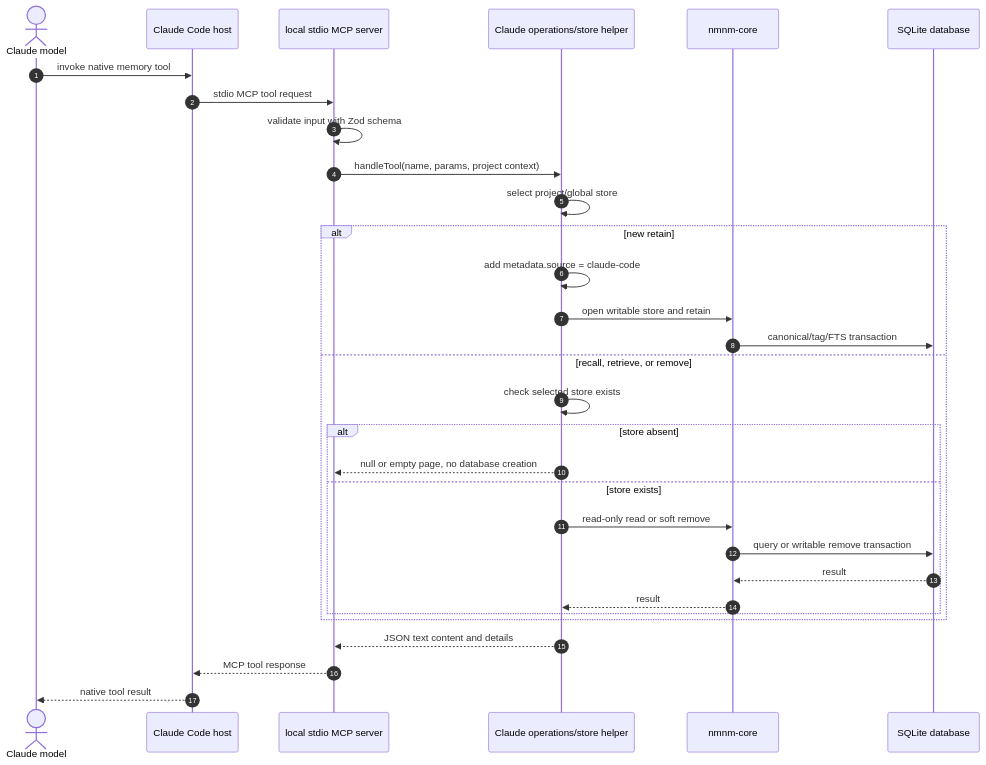
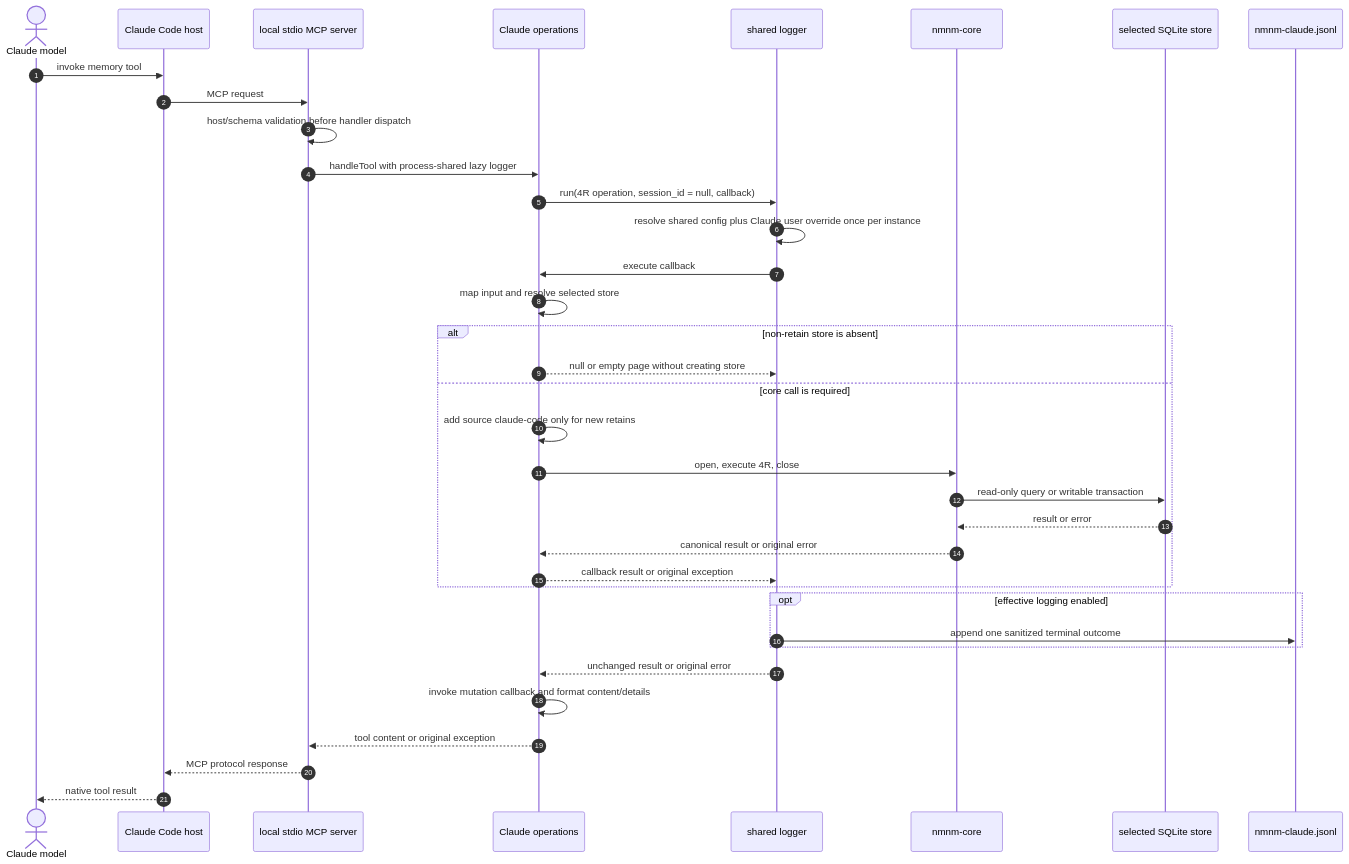
Before and after one commit to linellazatin/nanomneme: the fourth of 6 diagrams in docs/SEQUENCE_MEMORY_HANDLING.md, drawn with Mermaid. The commit also changed other lines of this file and 14 other files, not shown here.

````diff
--- a/docs/SEQUENCE_MEMORY_HANDLING.md
+++ b/docs/SEQUENCE_MEMORY_HANDLING.md
@@ -179,36 +171,39 @@
 ```mermaid
 sequenceDiagram
   autonumber
   actor Model as Claude model
   participant Host as Claude Code host
   participant MCP as local stdio MCP server
-  participant Ops as Claude operations/store helper
+  participant Ops as Claude operations
+  participant Logger as shared logger
   participant Core as nmnm-core
-  participant DB as SQLite database
+  participant DB as selected SQLite store
+  participant Log as nmnm-claude.jsonl
 
-  Model->>Host: invoke native memory tool
-  Host->>MCP: stdio MCP tool request
-  MCP->>MCP: validate input with Zod schema
-  MCP->>Ops: handleTool(name, params, project context)
-  Ops->>Ops: select project/global store
-
-  alt new retain
-    Ops->>Ops: add metadata.source = claude-code
-    Ops->>Core: open writable store and retain
-    Core->>DB: canonical/tag/FTS transaction
-  else recall, retrieve, or remove
-    Ops->>Ops: check selected store exists
-    alt store absent
-      Ops-->>MCP: null or empty page, no database creation
-    else store exists
-      Ops->>Core: read-only read or soft remove
-      Core->>DB: query or writable remove transaction
-      DB-->>Core: result
-      Core-->>Ops: result
-    end
+  Model->>Host: invoke memory tool
+  Host->>MCP: MCP request
+  MCP->>MCP: host/schema validation before handler dispatch
+  MCP->>Ops: handleTool with process-shared lazy logger
+  Ops->>Logger: run(4R operation, session_id = null, callback)
+  Logger->>Logger: resolve shared config plus Claude user override once per instance
+  Logger->>Ops: execute callback
+  Ops->>Ops: map input and resolve selected store
+  alt non-retain store is absent
+    Ops-->>Logger: null or empty page without creating store
+  else core call is required
+    Ops->>Ops: add source claude-code only for new retains
+    Ops->>Core: open, execute 4R, close
+    Core->>DB: read-only query or writable transaction
+    DB-->>Core: result or error
+    Core-->>Ops: canonical result or original error
+    Ops-->>Logger: callback result or original exception
   end
-
-  Ops-->>MCP: JSON text content and details
-  MCP-->>Host: MCP tool response
+  opt effective logging enabled
+    Logger->>Log: append one sanitized terminal outcome
+  end
+  Logger-->>Ops: unchanged result or original error
+  Ops->>Ops: invoke mutation callback and format content/details
+  Ops-->>MCP: tool content or original exception
+  MCP-->>Host: MCP protocol response
   Host-->>Model: native tool result
 ```
````
